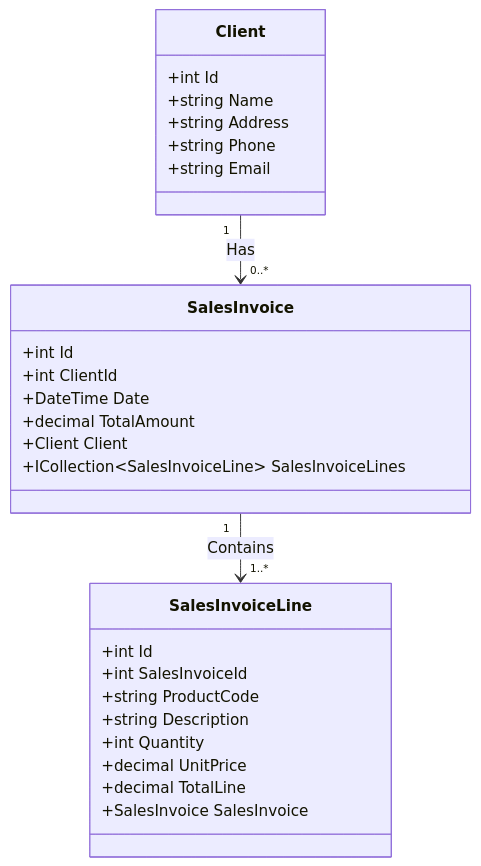
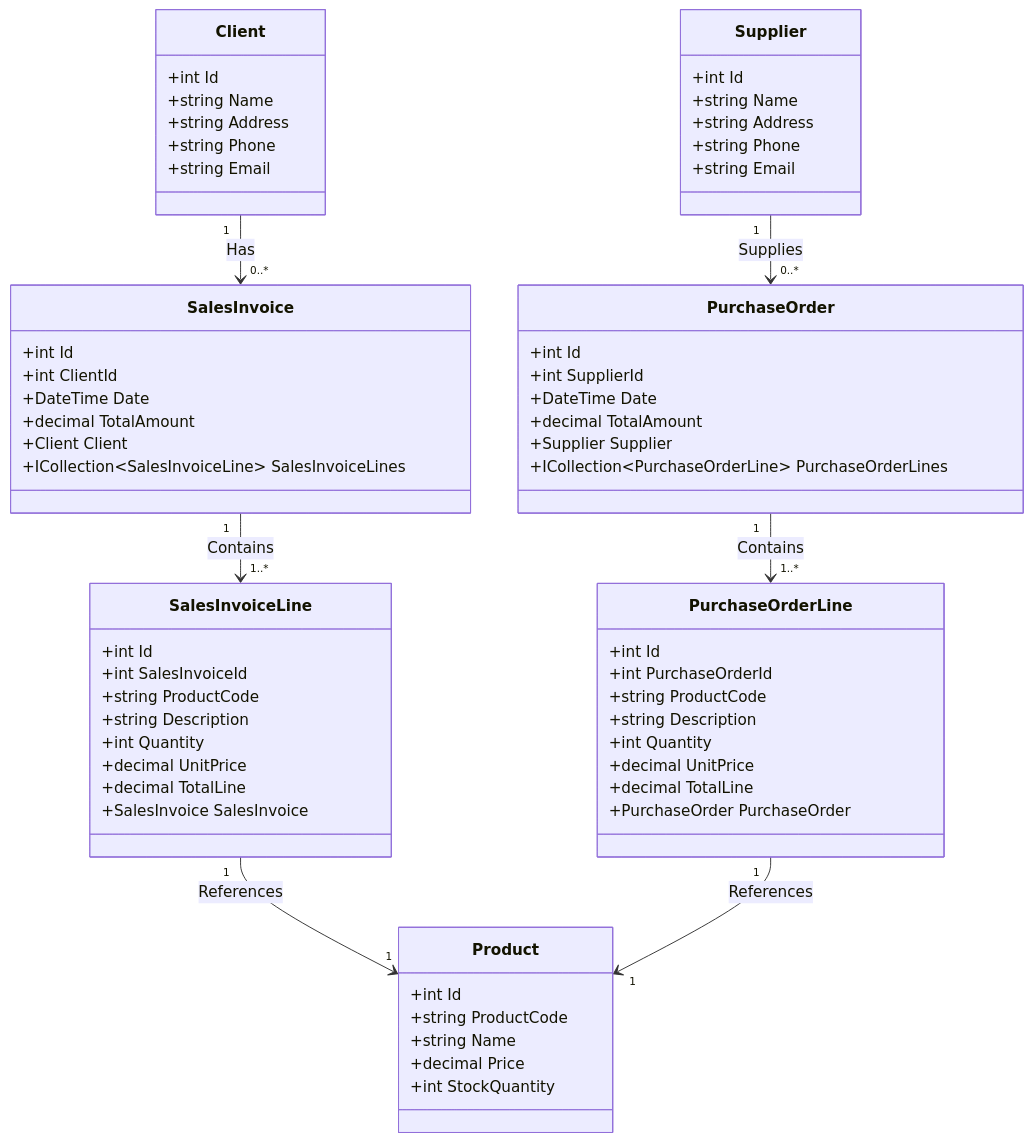
One commit to TunNetCom/TunNetCom-SilkRoadErp changed the diagram in README.md. Above: the diagram before and after it, drawn with Mermaid.

````diff
--- a/README.md
+++ b/README.md
@@ -39,33 +39,73 @@
 ``` mermaid
 classDiagram
     class Client {
         +int Id
         +string Name
         +string Address
         +string Phone
         +string Email
     }
 
     class SalesInvoice {
         +int Id
         +int ClientId
         +DateTime Date
         +decimal TotalAmount
         +Client Client
         +ICollection~SalesInvoiceLine~ SalesInvoiceLines
     }
 
     class SalesInvoiceLine {
         +int Id
         +int SalesInvoiceId
         +string ProductCode
         +string Description
         +int Quantity
         +decimal UnitPrice
         +decimal TotalLine
         +SalesInvoice SalesInvoice
     }
 
+    class Supplier {
+        +int Id
+        +string Name
+        +string Address
+        +string Phone
+        +string Email
+    }
+
+    class PurchaseOrder {
+        +int Id
+        +int SupplierId
+        +DateTime Date
+        +decimal TotalAmount
+        +Supplier Supplier
+        +ICollection~PurchaseOrderLine~ PurchaseOrderLines
+    }
+
+    class PurchaseOrderLine {
+        +int Id
+        +int PurchaseOrderId
+        +string ProductCode
+        +string Description
+        +int Quantity
+        +decimal UnitPrice
+        +decimal TotalLine
+        +PurchaseOrder PurchaseOrder
+    }
+
+    class Product {
+        +int Id
+        +string ProductCode
+        +string Name
+        +decimal Price
+        +int StockQuantity
+    }
+
     Client "1" --> "0..*" SalesInvoice : Has
     SalesInvoice "1" --> "1..*" SalesInvoiceLine : Contains
+    Supplier "1" --> "0..*" PurchaseOrder : Supplies
+    PurchaseOrder "1" --> "1..*" PurchaseOrderLine : Contains
+    SalesInvoiceLine "1" --> "1" Product : References
+    PurchaseOrderLine "1" --> "1" Product : References
 ```
````
